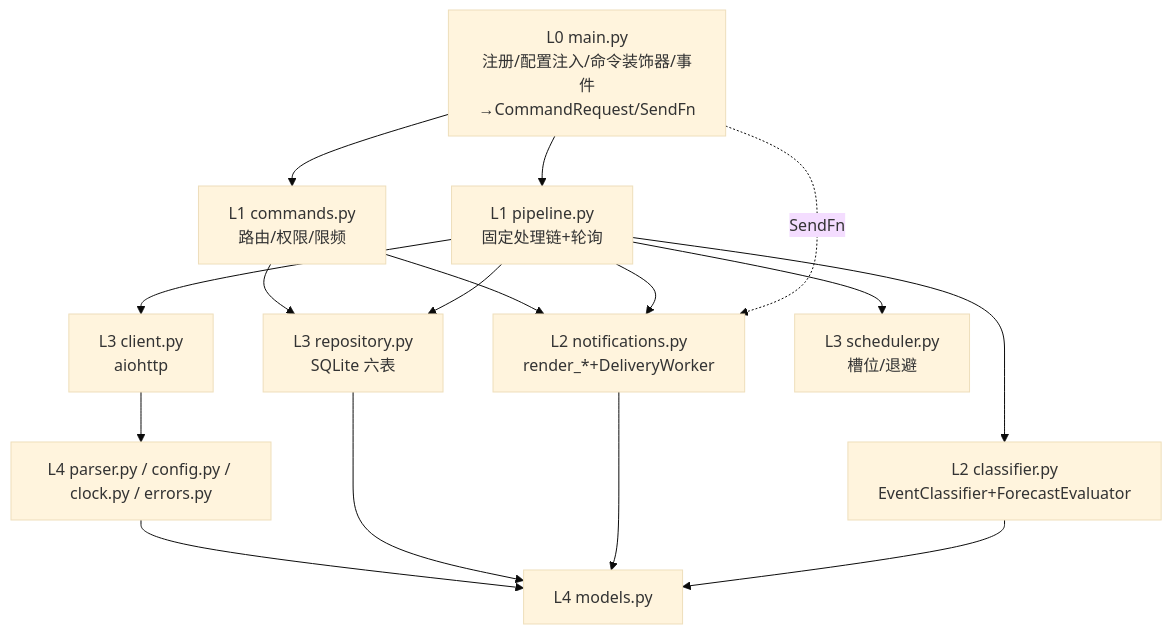
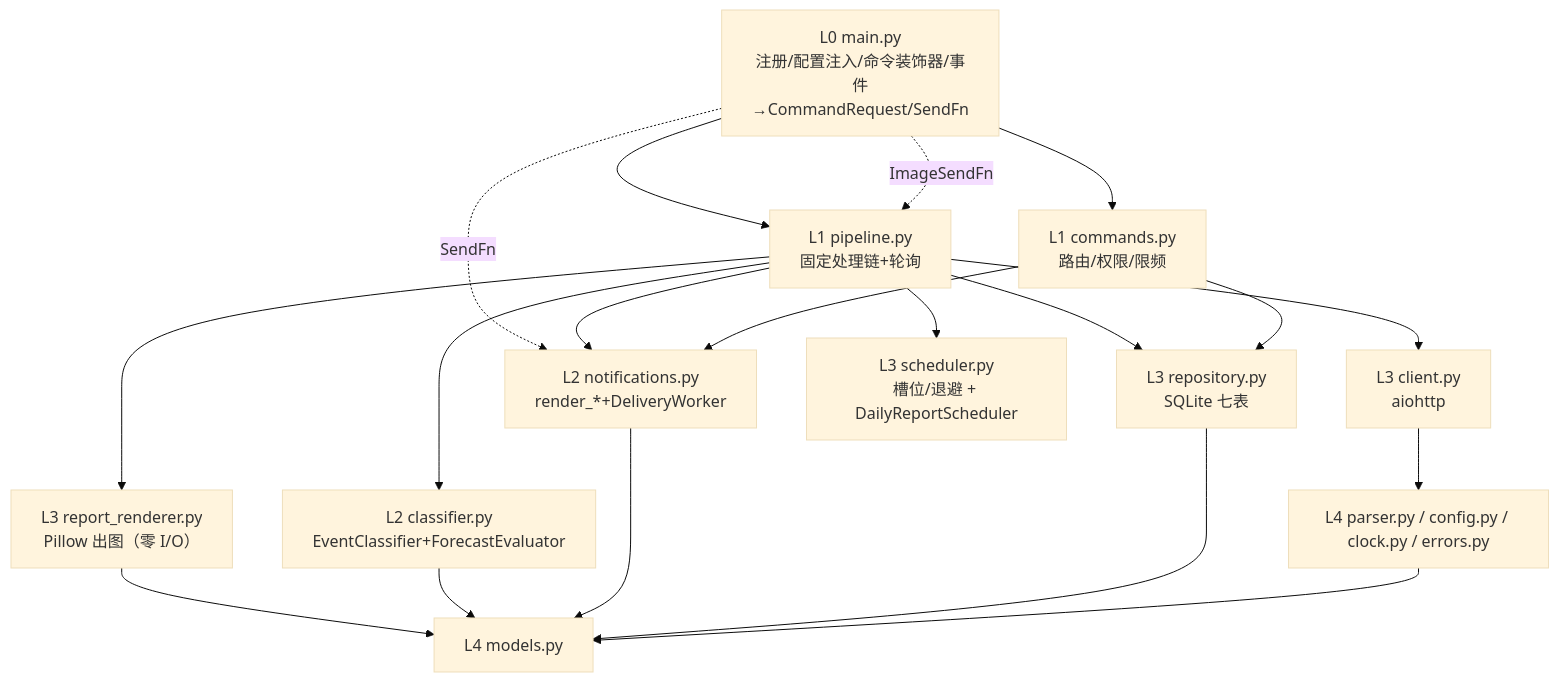
One commit to kasumi-ppp/astrbot_plugin_codex_reset changed the first of 7 diagrams in docs/architecture.md. Above: the diagram before and after it, drawn with Mermaid (base theme). The commit also changed other lines of this file and 26 other files, not shown here.

````diff
--- a/docs/architecture.md
+++ b/docs/architecture.md
@@ -10,23 +12,26 @@
 ```mermaid
 graph TD
   MAIN["L0 main.py<br/>注册/配置注入/命令装饰器/事件→CommandRequest/SendFn"]
   PIPE["L1 pipeline.py<br/>固定处理链+轮询"]
   CMD["L1 commands.py<br/>路由/权限/限频"]
   CLS["L2 classifier.py<br/>EventClassifier+ForecastEvaluator"]
   NOT["L2 notifications.py<br/>render_*+DeliveryWorker"]
-  REPO["L3 repository.py<br/>SQLite 六表"]
+  REPO["L3 repository.py<br/>SQLite 七表"]
   CLI["L3 client.py<br/>aiohttp"]
-  SCH["L3 scheduler.py<br/>槽位/退避"]
+  SCH["L3 scheduler.py<br/>槽位/退避 + DailyReportScheduler"]
+  RND["L3 report_renderer.py<br/>Pillow 出图（零 I/O）"]
   MOD["L4 models.py"]
   PAR["L4 parser.py / config.py / clock.py / errors.py"]
   MAIN-->PIPE
   MAIN-->CMD
   MAIN-.SendFn.->NOT
-  PIPE-->CLS & NOT & REPO & CLI & SCH
+  MAIN-.ImageSendFn.->PIPE
+  PIPE-->CLS & NOT & REPO & CLI & SCH & RND
   CMD-->REPO & NOT
+  RND-->MOD
   CLS-->MOD
   NOT-->MOD
   REPO-->MOD
   CLI-->PAR
   PAR-->MOD
 ```
````
